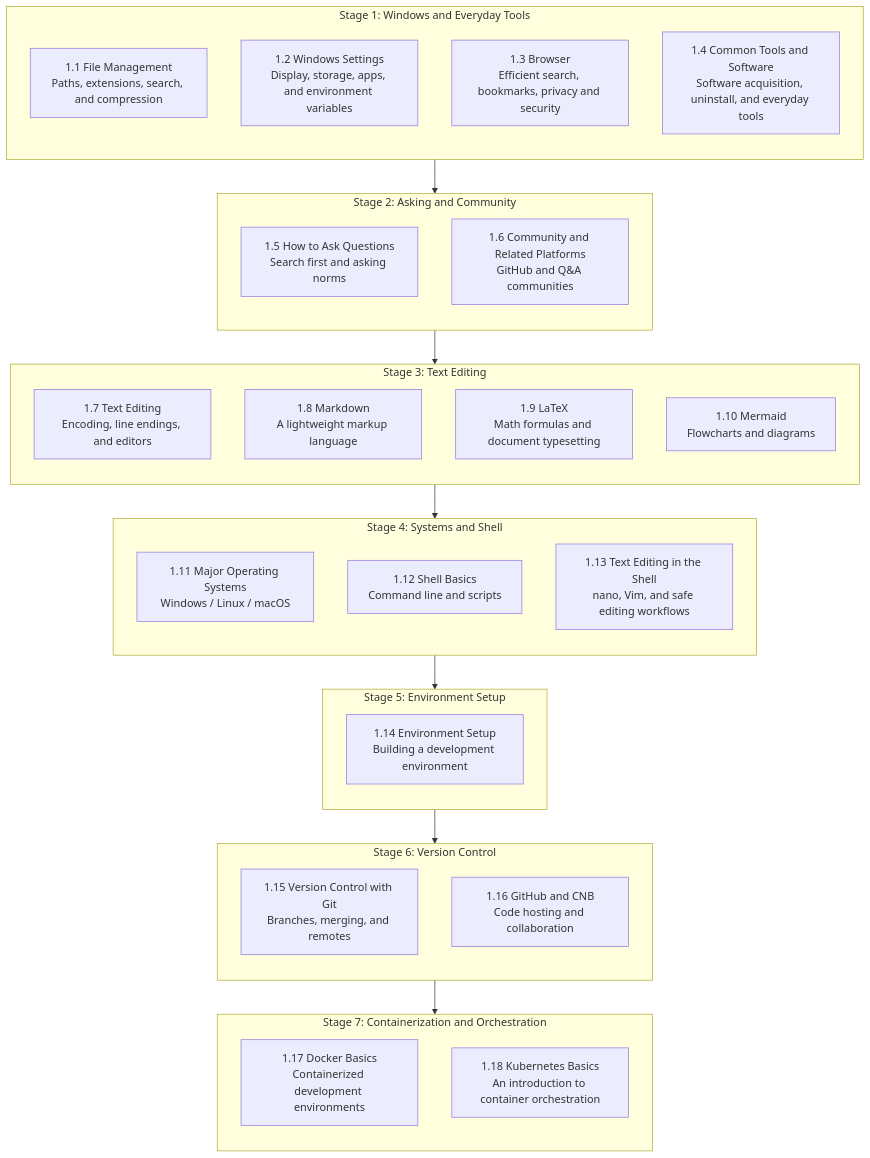
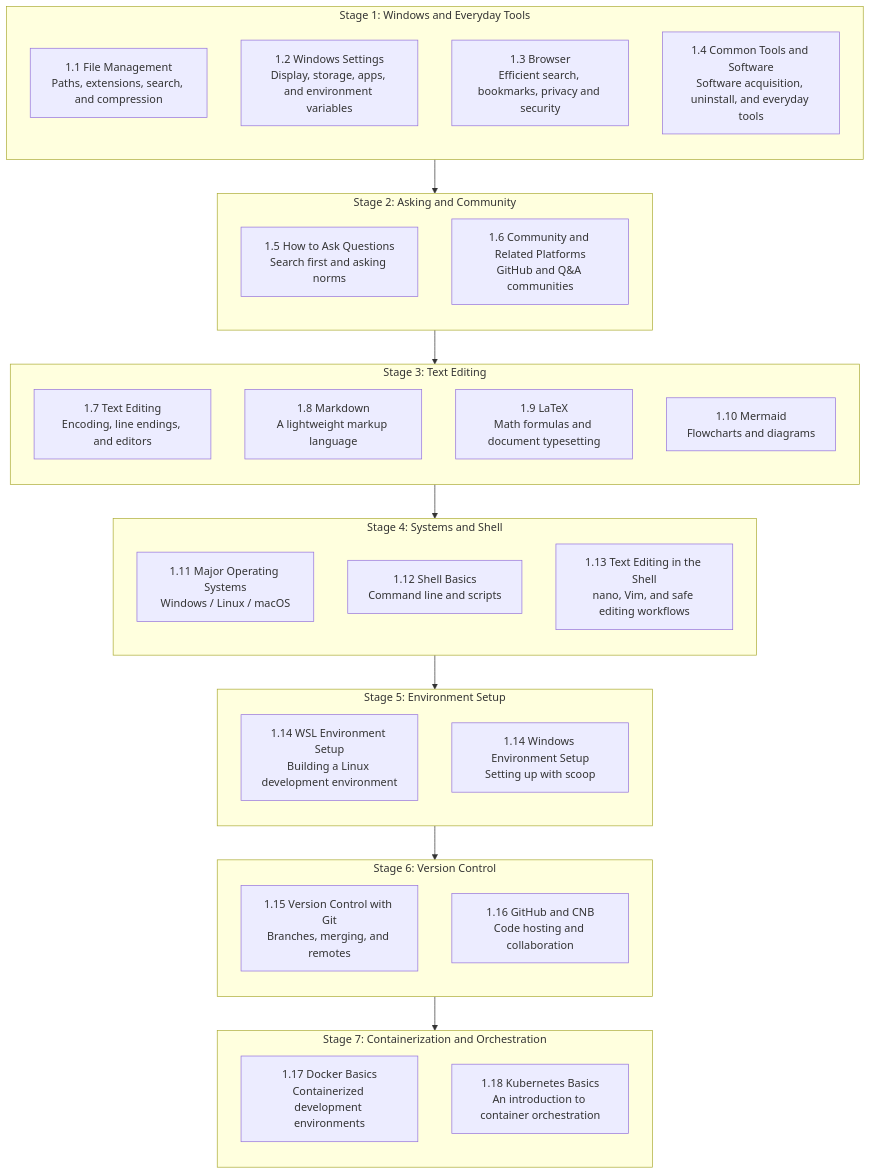
One commit to SSJ-ZYJ/Neoverse-Doc changed the diagram in content/docs/en/ch1/index.mdx. Above: the diagram before and after it, drawn with Mermaid. The commit also changed other lines of this file and 17 other files, not shown here.

````diff
--- a/content/docs/en/ch1/index.mdx
+++ b/content/docs/en/ch1/index.mdx
@@ -25,50 +25,51 @@
 ```mermaid
 flowchart TD
     subgraph S1[Stage 1: Windows and Everyday Tools]
         direction TB
         S1_1["1.1 File Management<br/>Paths, extensions, search, and compression"]
         S1_2["1.2 Windows Settings<br/>Display, storage, apps, and environment variables"]
         S1_3["1.3 Browser<br/>Efficient search, bookmarks, privacy and security"]
         S1_4["1.4 Common Tools and Software<br/>Software acquisition, uninstall, and everyday tools"]
     end
 
     subgraph S2[Stage 2: Asking and Community]
         direction TB
         S2_1["1.5 How to Ask Questions<br/>Search first and asking norms"]
         S2_2["1.6 Community and Related Platforms<br/>GitHub and Q&A communities"]
     end
 
     subgraph S3[Stage 3: Text Editing]
         direction TB
         S3_1["1.7 Text Editing<br/>Encoding, line endings, and editors"]
         S3_2["1.8 Markdown<br/>A lightweight markup language"]
         S3_3["1.9 LaTeX<br/>Math formulas and document typesetting"]
         S3_4["1.10 Mermaid<br/>Flowcharts and diagrams"]
     end
 
     subgraph S4[Stage 4: Systems and Shell]
         direction TB
         S4_1["1.11 Major Operating Systems<br/>Windows / Linux / macOS"]
         S4_2["1.12 Shell Basics<br/>Command line and scripts"]
         S4_3["1.13 Text Editing in the Shell<br/>nano, Vim, and safe editing workflows"]
     end
 
     subgraph S5[Stage 5: Environment Setup]
         direction TB
-        S5_1["1.14 Environment Setup<br/>Building a development environment"]
+        S5_1["1.14 WSL Environment Setup<br/>Building a Linux development environment"]
+        S5_2["1.14 Windows Environment Setup<br/>Setting up with scoop"]
     end
 
     subgraph S6[Stage 6: Version Control]
         direction TB
         S6_1["1.15 Version Control with Git<br/>Branches, merging, and remotes"]
         S6_2["1.16 GitHub and CNB<br/>Code hosting and collaboration"]
     end
 
     subgraph S7[Stage 7: Containerization and Orchestration]
         direction TB
         S7_1["1.17 Docker Basics<br/>Containerized development environments"]
         S7_2["1.18 Kubernetes Basics<br/>An introduction to container orchestration"]
     end
 
     S1 --> S2 --> S3 --> S4 --> S5 --> S6 --> S7
 ```
````
